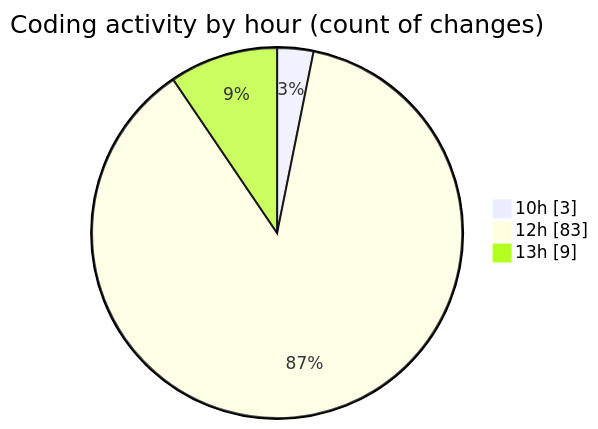
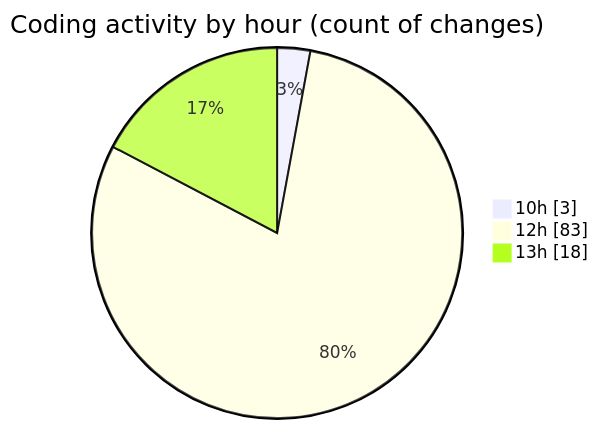
Before and after one commit to nxtqubesakshisongat/code-tracking: the second of 2 diagrams in 2025-05-27/nxtqube_webapp/README.md, drawn with Mermaid. The commit also changed other lines of this file and 1 other file, not shown here.

````diff
--- a/2025-05-27/nxtqube_webapp/README.md
+++ b/2025-05-27/nxtqube_webapp/README.md
@@ -30,7 +31,7 @@
 ```mermaid
 pie showData
 title Coding activity by hour (count of changes)
 "10h" : 3
 "12h" : 83
-"13h" : 9
+"13h" : 18
 ```
````
